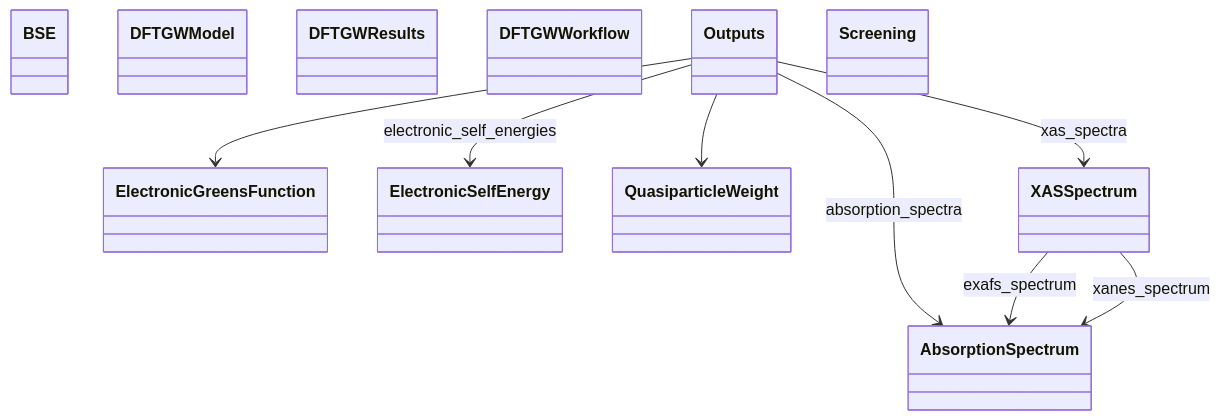
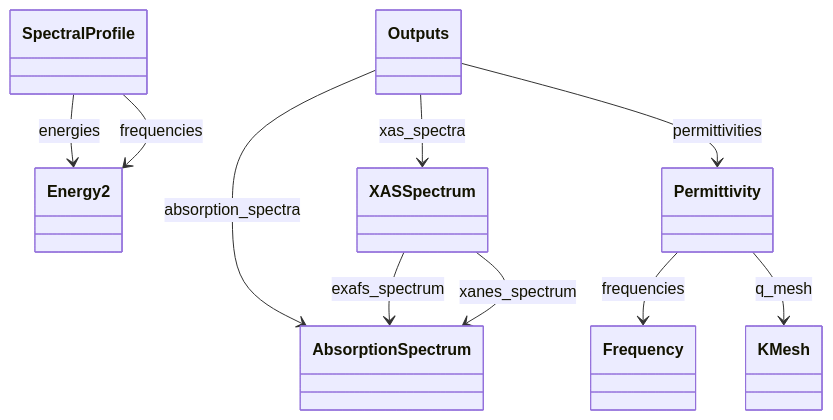
One commit to FAIRmat-NFDI/nomad-simulations changed the diagram in docs/schema/spectroscopy.diagram.md. Above: the diagram before and after it, drawn with Mermaid. The commit also changed other lines of this file and 114 other files, not shown here.

````diff
--- a/docs/schema/spectroscopy.diagram.md
+++ b/docs/schema/spectroscopy.diagram.md
@@ -15,32 +15,28 @@
 ```mermaid
 classDiagram
     class AbsorptionSpectrum {
     }
-    class BSE {
+    class Energy2 {
     }
-    class DFTGWModel {
+    class Frequency {
     }
-    class DFTGWResults {
-    }
-    class DFTGWWorkflow {
-    }
-    class ElectronicGreensFunction {
-    }
-    class ElectronicSelfEnergy {
+    class KMesh {
     }
     class Outputs {
     }
-    class QuasiparticleWeight {
+    class Permittivity {
     }
-    class Screening {
+    class SpectralProfile {
     }
     class XASSpectrum {
     }
     Outputs --> AbsorptionSpectrum : absorption_spectra
-    Outputs --> ElectronicGreensFunction
-    Outputs --> ElectronicSelfEnergy : electronic_self_energies
-    Outputs --> QuasiparticleWeight
+    Outputs --> Permittivity : permittivities
     Outputs --> XASSpectrum : xas_spectra
+    Permittivity --> Frequency : frequencies
+    Permittivity --> KMesh : q_mesh
+    SpectralProfile --> Energy2 : energies
+    SpectralProfile --> Energy2 : frequencies
     XASSpectrum --> AbsorptionSpectrum : exafs_spectrum
     XASSpectrum --> AbsorptionSpectrum : xanes_spectrum
 ```
````
